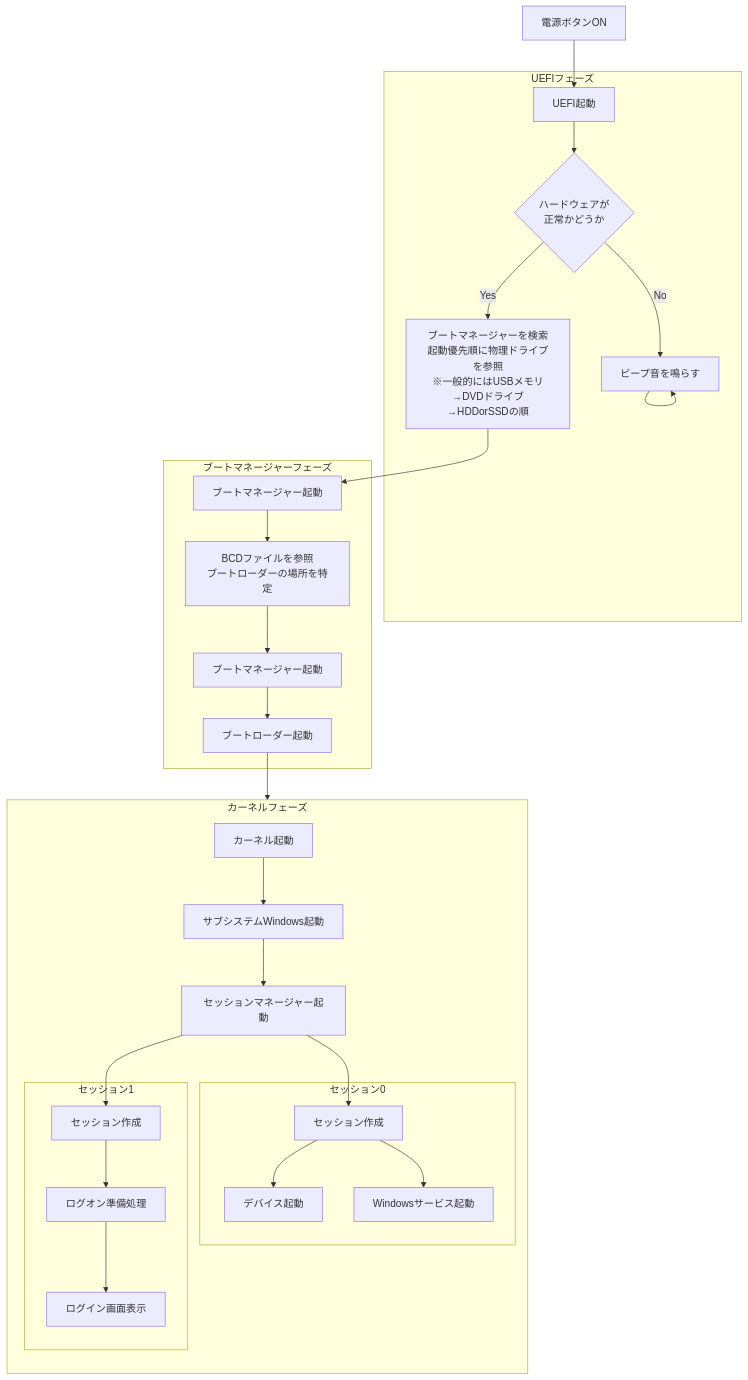
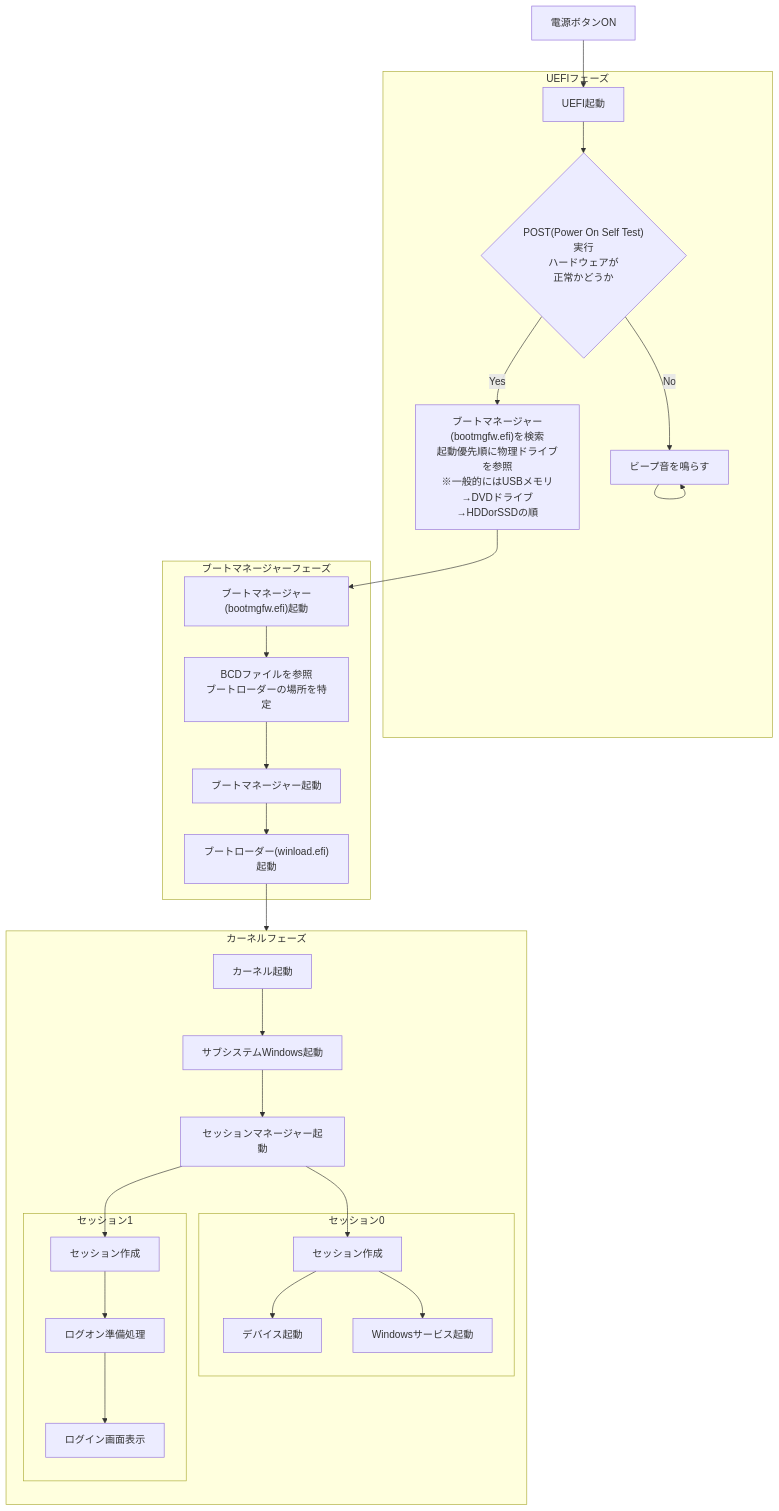
The diagram in doc/computer.md (kaotue3340/memo), drawn with Mermaid before and after one commit. The commit also changed other lines of this file, not shown here.

````diff
--- a/doc/computer.md
+++ b/doc/computer.md
@@ -1,37 +1,37 @@
 ```mermaid
 flowchart TD
   A1["電源ボタンON"]-->B1
 　subgraph UEFIフェーズ
   B1["UEFI起動"]-->
-  B2{"ハードウェアが\n正常かどうか"} -->|Yes| C1[OK]
-  B2 -->|No| B3[ビープ音を鳴らす] --> B3
+  B3{"POST(Power On Self Test)実行\nハードウェアが\n正常かどうか"} -->|Yes| C1[OK]
+  B3 -->|No| B9[ビープ音を鳴らす] --> B9
   end
   subgraph ブートマネージャーフェーズ
-  C1["ブートマネージャーを検索\n起動優先順に物理ドライブを参照\n※一般的にはUSBメモリ→DVDドライブ→HDDorSSDの順"]-->
-  C2["ブートマネージャー起動"]-->
+  C1["ブートマネージャー(bootmgfw.efi)を検索\n起動優先順に物理ドライブを参照\n※一般的にはUSBメモリ→DVDドライブ→HDDorSSDの順"]-->
+  C2["ブートマネージャー(bootmgfw.efi)起動"]-->
   C3["BCDファイルを参照\nブートローダーの場所を特定"]-->C4
   C4["ブートマネージャー起動"]-->D1
   end
   subgraph カーネルフェーズ
-  D1["ブートローダー起動"]-->
+  D1["ブートローダー(winload.efi)起動"]-->
   D2["カーネル起動"]--> 
   D3["サブシステムWindows起動"]-->
   D4["セッションマネージャー起動"]
   D4-->DD1
   D4-->DD2
     direction TB
     subgraph セッション0
       DD1["セッション作成"]
       DD1-->DD1-1
       DD1-->DD1-2
       DD1-1["デバイス起動"]
       DD1-2["Windowsサービス起動"]
     end
     subgraph セッション1
       DD2["セッション作成"]-->
       DD2-1["ログオン準備処理"]--> 
       DD2-2["ログイン画面表示"]
     end
   end
 
 ```
````
